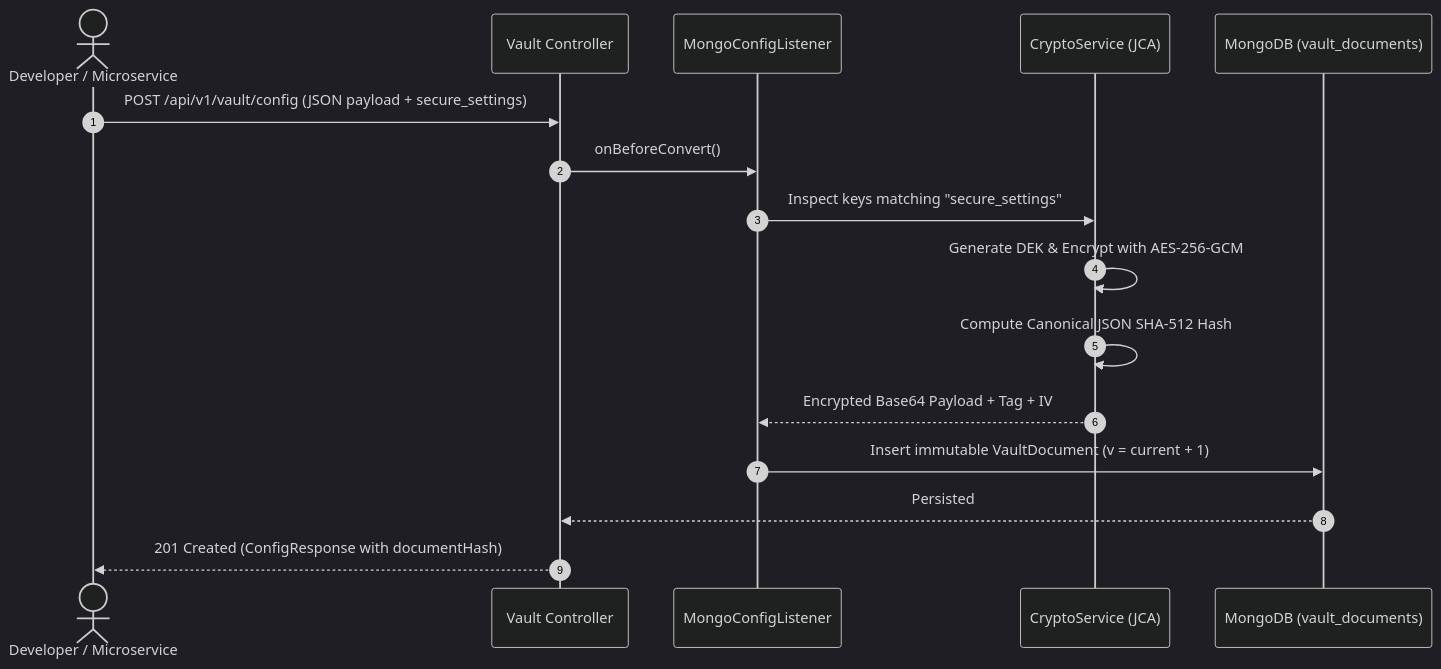
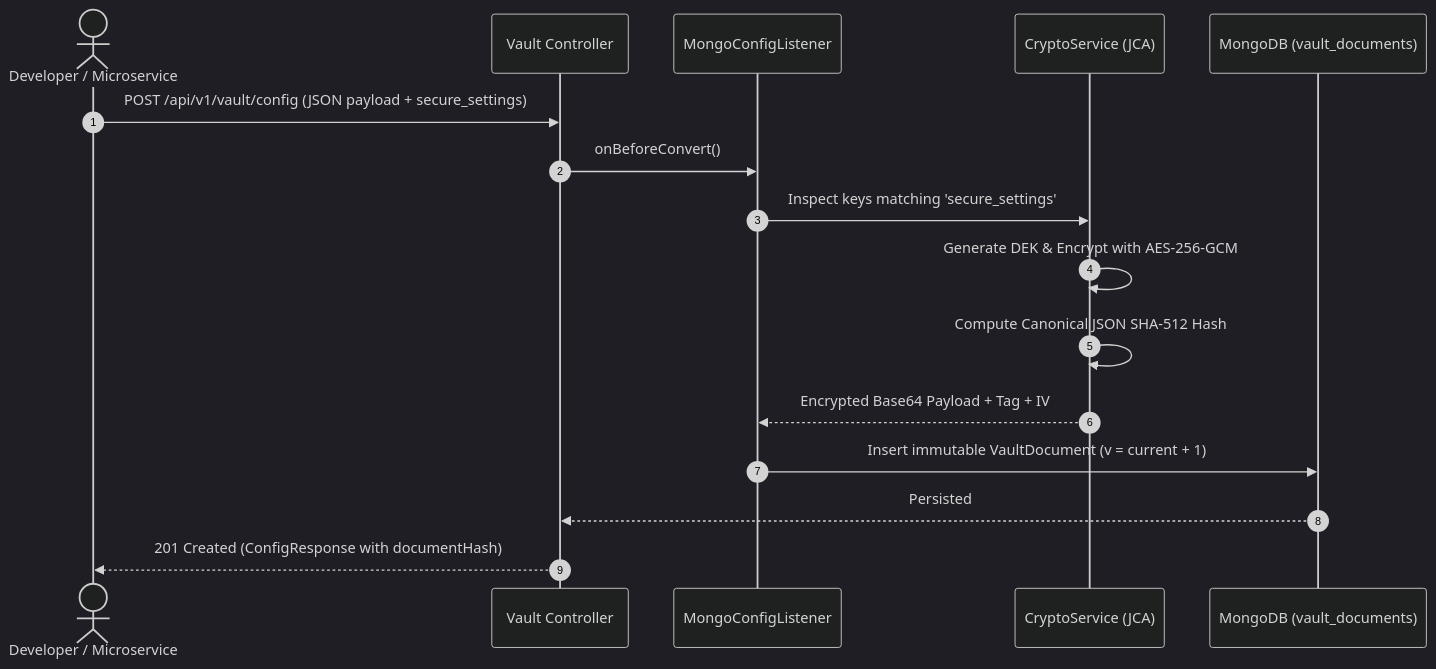
One commit to FrosterHex/zero-config-vault changed the second of 3 diagrams in README.md. Above: the diagram before and after it, drawn with Mermaid (dark theme). The commit also changed other lines of this file, not shown here.

Commit message:
docs: fix Mermaid syntax and quote link labels in README architecture diagram

````diff
--- a/README.md
+++ b/README.md
@@ -105,19 +106,19 @@
 ```mermaid
 sequenceDiagram
     autonumber
     actor Dev as Developer / Microservice
     participant API as Vault Controller
     participant Interceptor as MongoConfigListener
     participant Crypto as CryptoService (JCA)
     participant DB as MongoDB (vault_documents)
 
     Dev->>API: POST /api/v1/vault/config (JSON payload + secure_settings)
     API->>Interceptor: onBeforeConvert()
-    Interceptor->>Crypto: Inspect keys matching "secure_settings"
+    Interceptor->>Crypto: Inspect keys matching 'secure_settings'
     Crypto->>Crypto: Generate DEK & Encrypt with AES-256-GCM
     Crypto->>Crypto: Compute Canonical JSON SHA-512 Hash
     Crypto-->>Interceptor: Encrypted Base64 Payload + Tag + IV
     Interceptor->>DB: Insert immutable VaultDocument (v = current + 1)
     DB-->>API: Persisted
     API-->>Dev: 201 Created (ConfigResponse with documentHash)
 ```
````
